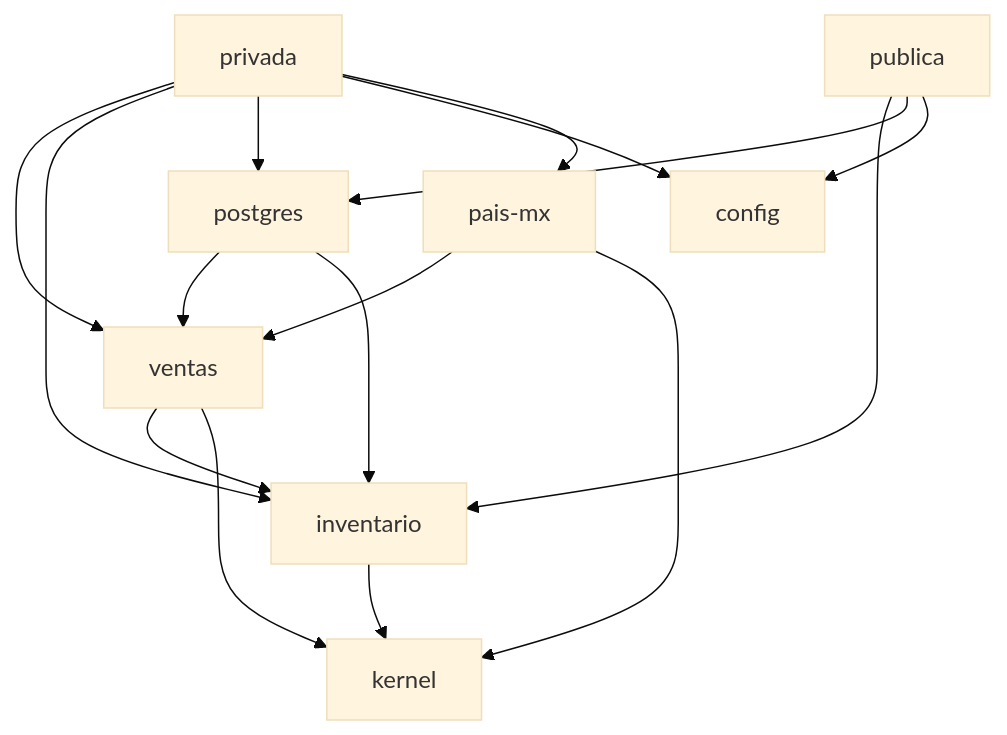
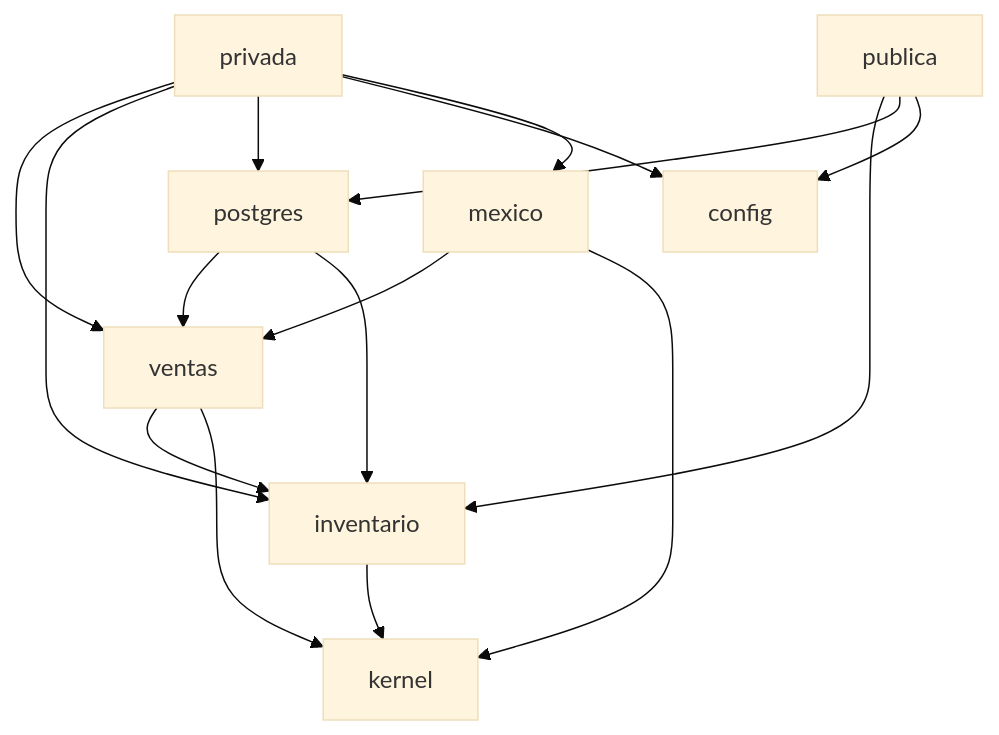
The diagram in docs/decisiones/2026-09-29-estructura-de-crates.md (rogithub/ro_inventario), drawn with Mermaid (base theme) before and after one commit. The commit also changed other lines of this file and 3 other files, not shown here.

````diff
--- a/docs/decisiones/2026-09-29-estructura-de-crates.md
+++ b/docs/decisiones/2026-09-29-estructura-de-crates.md
@@ -30,9 +30,9 @@
 ```mermaid
 graph TD
-  privada --> ventas & inventario & postgres & config & paismx[pais-mx]
+  privada --> ventas & inventario & postgres & config & mexico
   publica --> inventario & postgres & config
   postgres --> ventas & inventario
-  paismx --> ventas & kernel
+  mexico --> ventas & kernel
   ventas --> inventario --> kernel
   ventas --> kernel
 ```
````
